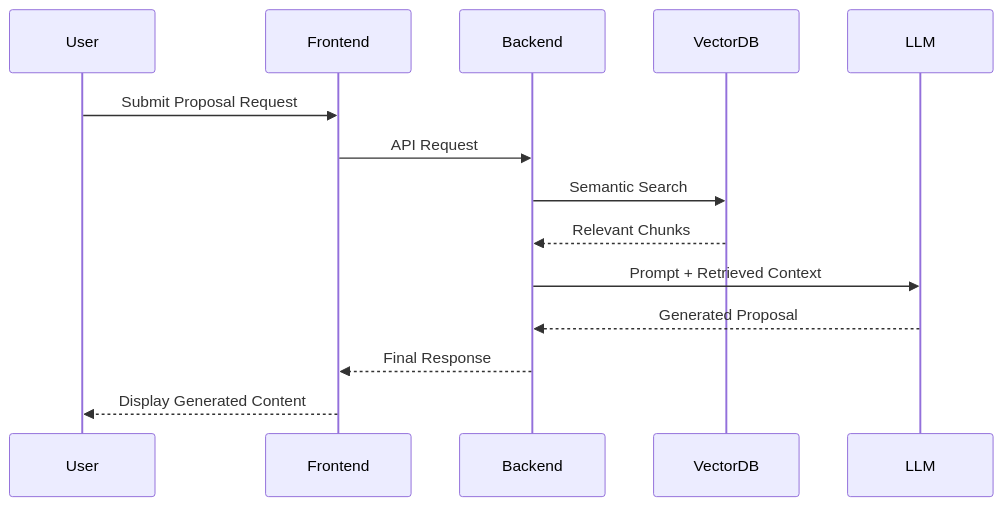
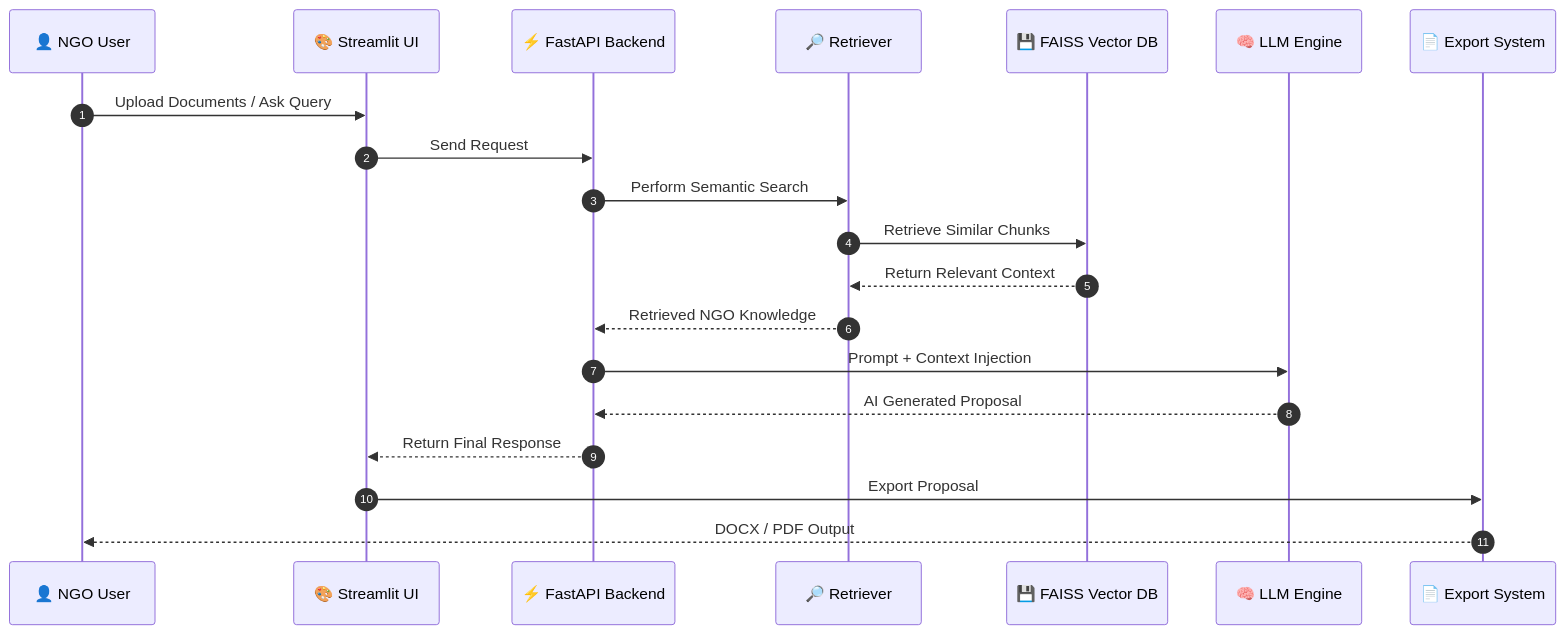
Before and after one commit to matzcoder/NGO-Chatbot: the second of 4 diagrams in README.md, drawn with Mermaid. The commit also changed other lines of this file, not shown here.

````diff
--- a/README.md
+++ b/README.md
@@ -187,18 +254,30 @@
 ```mermaid
 sequenceDiagram
+    autonumber
 
-participant User
-participant Frontend
-participant Backend
-participant VectorDB
-participant LLM
+    participant U as 👤 NGO User
+    participant UI as 🎨 Streamlit UI
+    participant API as ⚡ FastAPI Backend
+    participant RET as 🔎 Retriever
+    participant VDB as 💾 FAISS Vector DB
+    participant LLM as 🧠 LLM Engine
+    participant EXP as 📄 Export System
 
-User->>Frontend: Submit Proposal Request
-Frontend->>Backend: API Request
-Backend->>VectorDB: Semantic Search
-VectorDB-->>Backend: Relevant Chunks
-Backend->>LLM: Prompt + Retrieved Context
-LLM-->>Backend: Generated Proposal
-Backend-->>Frontend: Final Response
-Frontend-->>User: Display Generated Content
+    U->>UI: Upload Documents / Ask Query
+    UI->>API: Send Request
+
+    API->>RET: Perform Semantic Search
+    RET->>VDB: Retrieve Similar Chunks
+    VDB-->>RET: Return Relevant Context
+
+    RET-->>API: Retrieved NGO Knowledge
+
+    API->>LLM: Prompt + Context Injection
+    LLM-->>API: AI Generated Proposal
+
+    API-->>UI: Return Final Response
+
+    UI->>EXP: Export Proposal
+    EXP-->>U: DOCX / PDF Output
+
 ```
````
